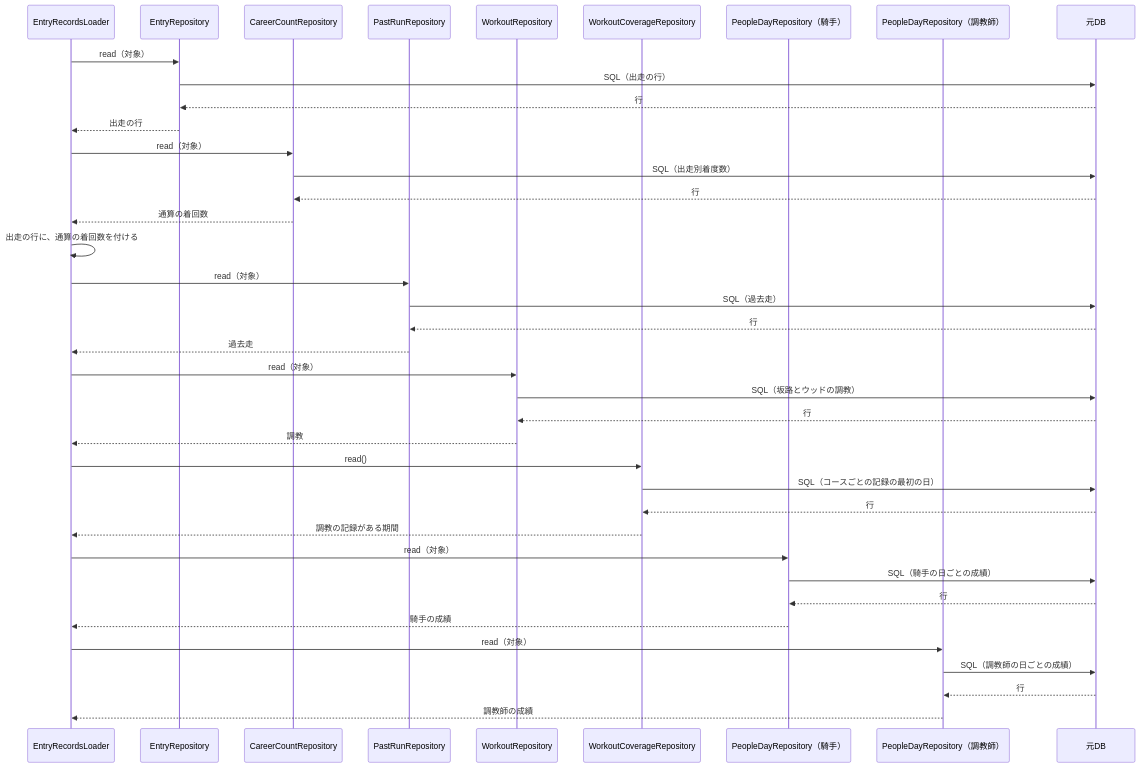
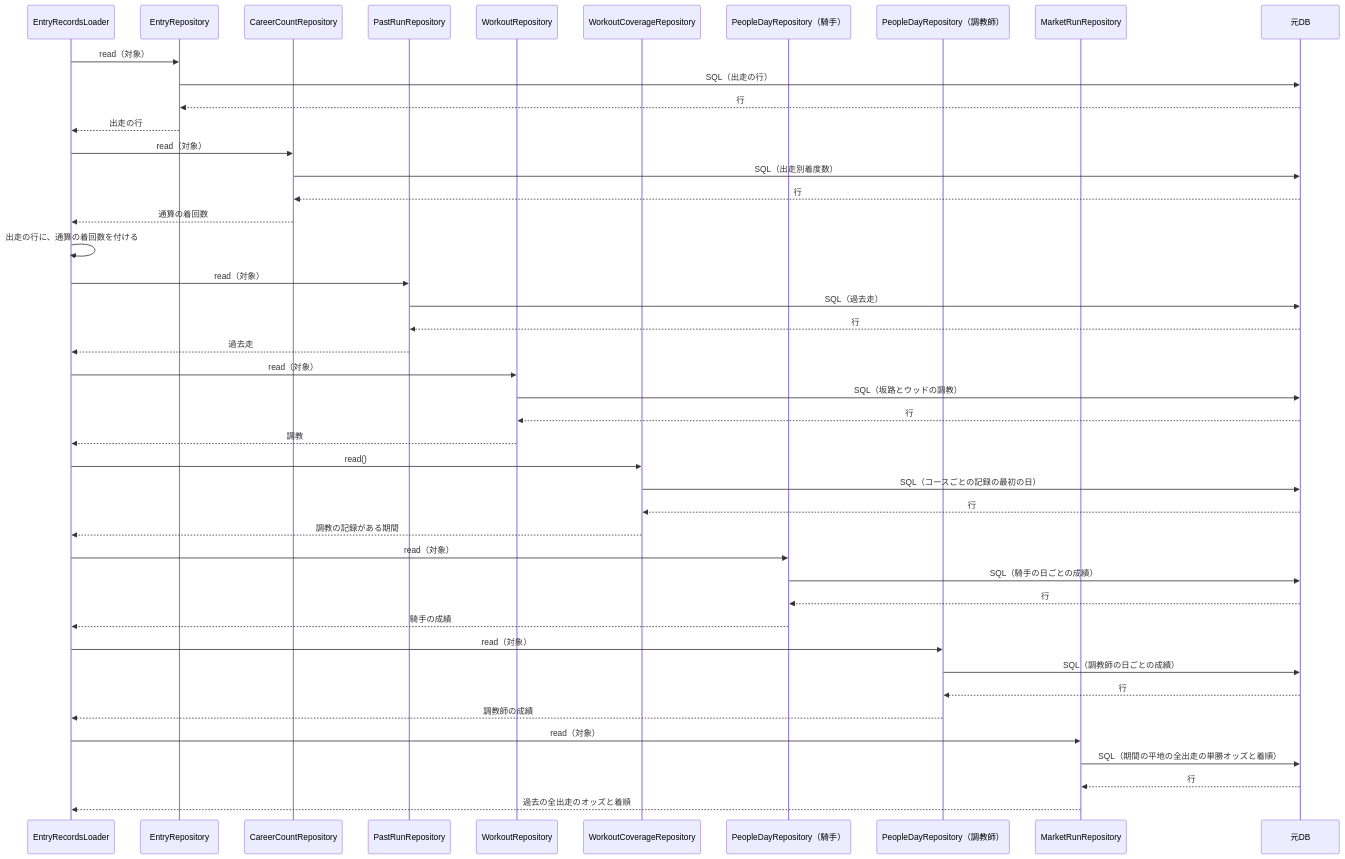
Before and after one commit to ht-0328/keiba-yosou: the third of 4 diagrams in docs/design/近走と適性から3着以内を予想/05-sequence.md, drawn with Mermaid. The commit also changed other lines of this file and 28 other files, not shown here.

````diff
--- a/docs/design/近走と適性から3着以内を予想/05-sequence.md
+++ b/docs/design/近走と適性から3着以内を予想/05-sequence.md
@@ -138,41 +138,46 @@
 ```mermaid
 sequenceDiagram
     participant L as EntryRecordsLoader
     participant R1 as EntryRepository
     participant R2 as CareerCountRepository
     participant R3 as PastRunRepository
     participant R4 as WorkoutRepository
     participant R4b as WorkoutCoverageRepository
     participant R5 as PeopleDayRepository（騎手）
     participant R6 as PeopleDayRepository（調教師）
+    participant R7 as MarketRunRepository
     participant DB as 元DB
     L->>R1: read（対象）
     R1->>DB: SQL（出走の行）
     DB-->>R1: 行
     R1-->>L: 出走の行
     L->>R2: read（対象）
     R2->>DB: SQL（出走別着度数）
     DB-->>R2: 行
     R2-->>L: 通算の着回数
     L->>L: 出走の行に、通算の着回数を付ける
     L->>R3: read（対象）
     R3->>DB: SQL（過去走）
     DB-->>R3: 行
     R3-->>L: 過去走
     L->>R4: read（対象）
     R4->>DB: SQL（坂路とウッドの調教）
     DB-->>R4: 行
     R4-->>L: 調教
     L->>R4b: read()
     R4b->>DB: SQL（コースごとの記録の最初の日）
     DB-->>R4b: 行
     R4b-->>L: 調教の記録がある期間
     L->>R5: read（対象）
     R5->>DB: SQL（騎手の日ごとの成績）
     DB-->>R5: 行
     R5-->>L: 騎手の成績
     L->>R6: read（対象）
     R6->>DB: SQL（調教師の日ごとの成績）
     DB-->>R6: 行
     R6-->>L: 調教師の成績
+    L->>R7: read（対象）
+    R7->>DB: SQL（期間の平地の全出走の単勝オッズと着順）
+    DB-->>R7: 行
+    R7-->>L: 過去の全出走のオッズと着順
 ```
````
